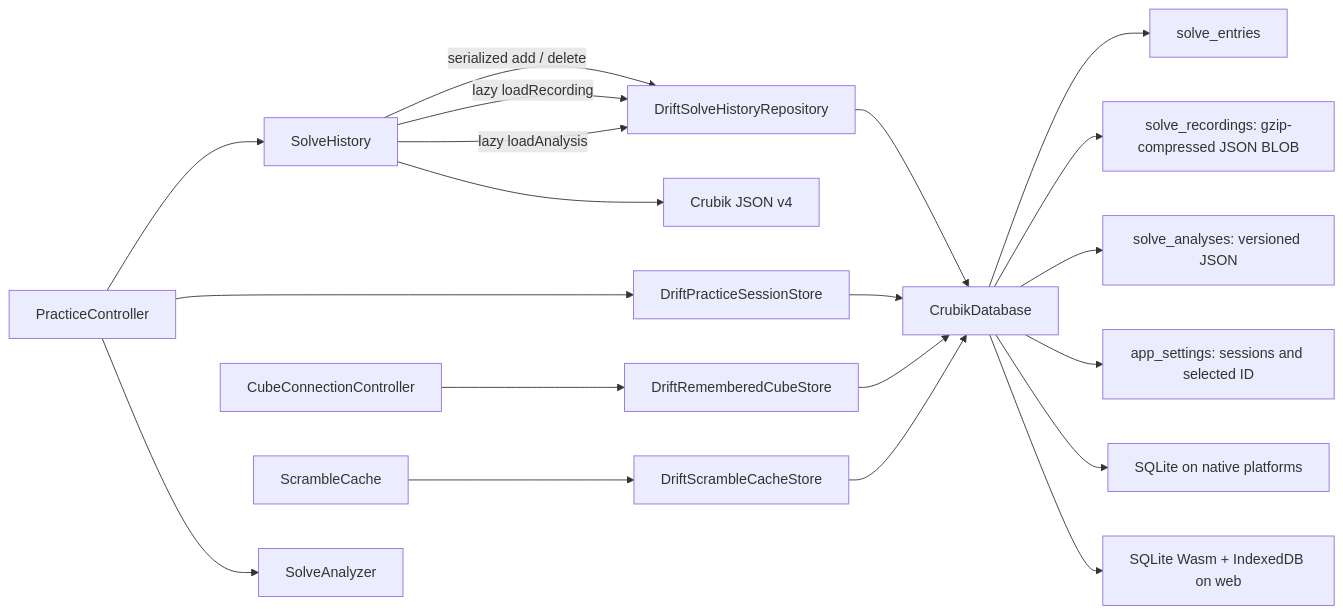
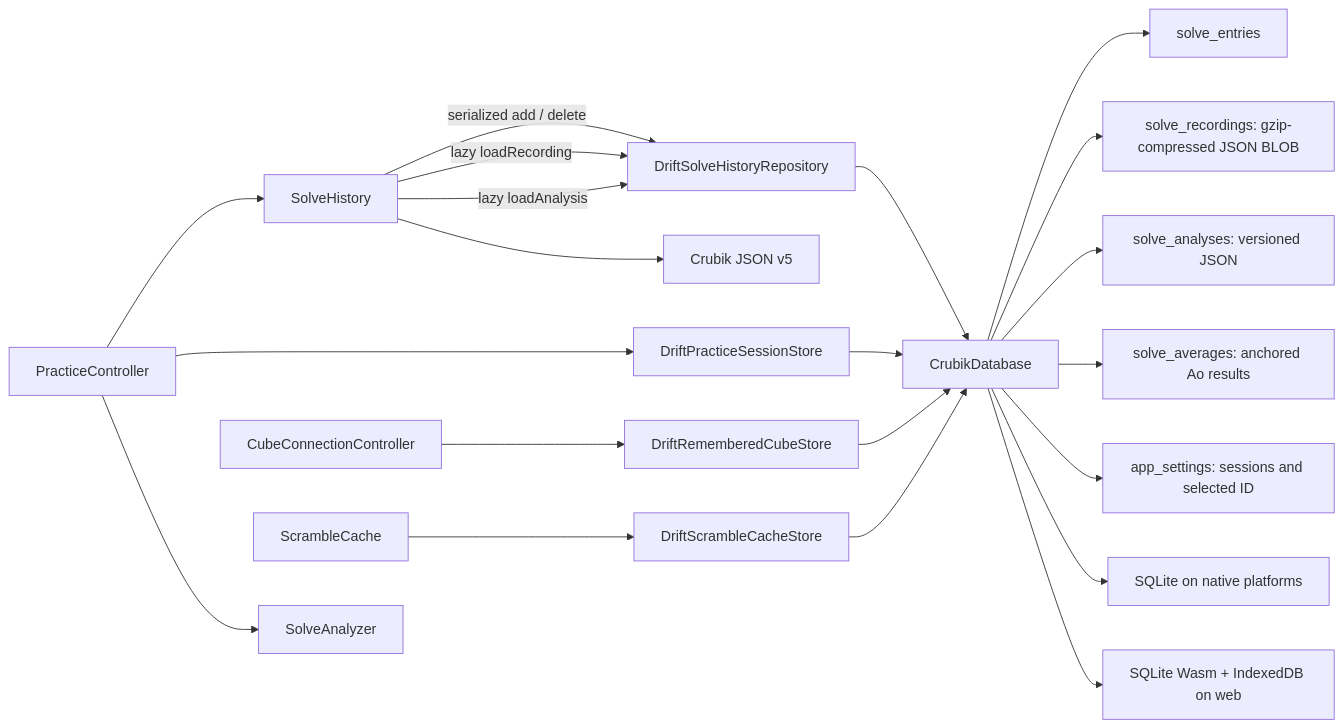
The fourth of 4 diagrams in docs/architecture.md (Hyponauts/Crubik), drawn with Mermaid before and after one commit. The commit also changed other lines of this file and 48 other files, not shown here.

````diff
--- a/docs/architecture.md
+++ b/docs/architecture.md
@@ -275,22 +279,23 @@
 ```mermaid
 flowchart LR
     Practice["PracticeController"] --> History["SolveHistory"]
     Practice --> SessionStore["DriftPracticeSessionStore"]
     Practice --> Analyzer["SolveAnalyzer"]
     History -->|serialized add / delete| SolveRepo["DriftSolveHistoryRepository"]
     Connection["CubeConnectionController"] --> Remembered["DriftRememberedCubeStore"]
     Cache["ScrambleCache"] --> ScrambleStore["DriftScrambleCacheStore"]
     SolveRepo --> DB["CrubikDatabase"]
     SessionStore --> DB
     Remembered --> DB
     DB --> Summaries["solve_entries"]
     DB --> Recordings["solve_recordings: gzip-compressed JSON BLOB"]
     DB --> Analyses["solve_analyses: versioned JSON"]
+    DB --> Averages["solve_averages: anchored Ao results"]
     DB --> Settings["app_settings: sessions and selected ID"]
     ScrambleStore --> DB
     DB --> Native["SQLite on native platforms"]
     DB --> Web["SQLite Wasm + IndexedDB on web"]
     History -->|lazy loadRecording| SolveRepo
     History -->|lazy loadAnalysis| SolveRepo
-    History --> Export["Crubik JSON v4"]
+    History --> Export["Crubik JSON v5"]
 ```
````
